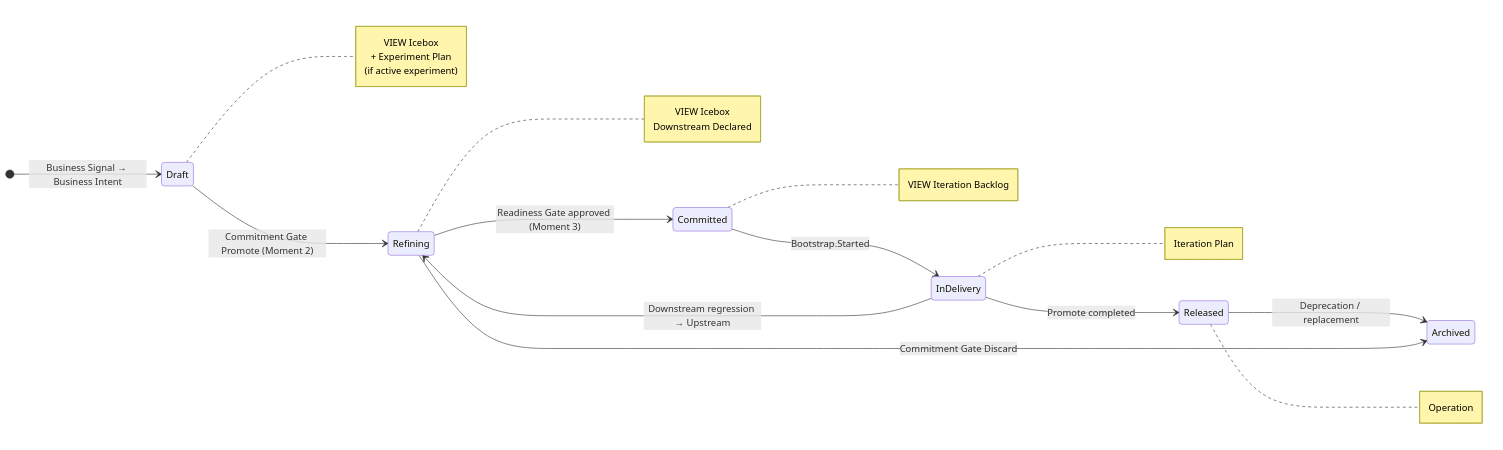
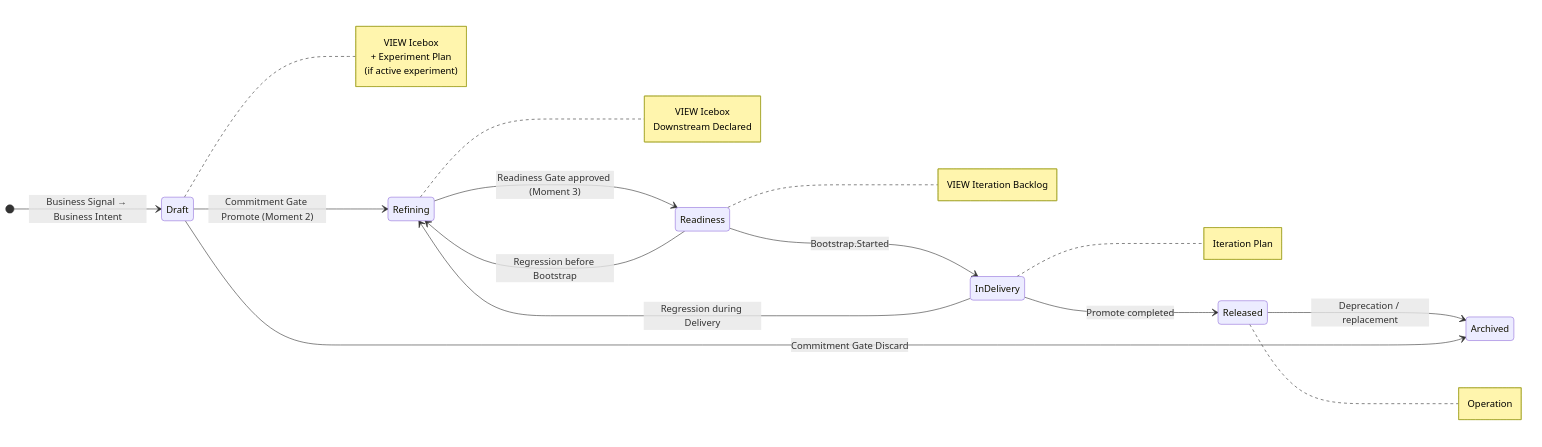
One commit to produtoreativo/from-intent-to-outcome changed the first of 2 diagrams in en/chapter-08.md. Above: the diagram before and after it, drawn with Mermaid. The commit also changed other lines of this file and 12 other files, not shown here.

First line of the commit message:
refactor: renomeia estado OBC Committed → Readiness em PT e EN

````diff
--- a/en/chapter-08.md
+++ b/en/chapter-08.md
@@ -46,31 +46,32 @@
 ```mermaid
 stateDiagram-v2
     direction LR
     [*] --> Draft : Business Signal → Business Intent
     Draft --> Refining : Commitment Gate Promote (Moment 2)
-    Refining --> Committed : Readiness Gate approved (Moment 3)
-    Committed --> InDelivery : Bootstrap.Started
+    Refining --> Readiness : Readiness Gate approved (Moment 3)
+    Readiness --> InDelivery : Bootstrap.Started
     InDelivery --> Released : Promote completed
     Released --> Archived : Deprecation / replacement
-    Refining --> Archived : Commitment Gate Discard
-    InDelivery --> Refining : Downstream regression → Upstream
+    Draft --> Archived : Commitment Gate Discard
+    Readiness --> Refining : Regression before Bootstrap
+    InDelivery --> Refining : Regression during Delivery
 
     note right of Draft
         VIEW Icebox
         + Experiment Plan
         (if active experiment)
     end note
     note right of Refining
         VIEW Icebox
         Downstream Declared
     end note
-    note right of Committed
+    note right of Readiness
         VIEW Iteration Backlog
     end note
     note right of InDelivery
         Iteration Plan
     end note
     note right of Released
         Operation
     end note
 ```
````
